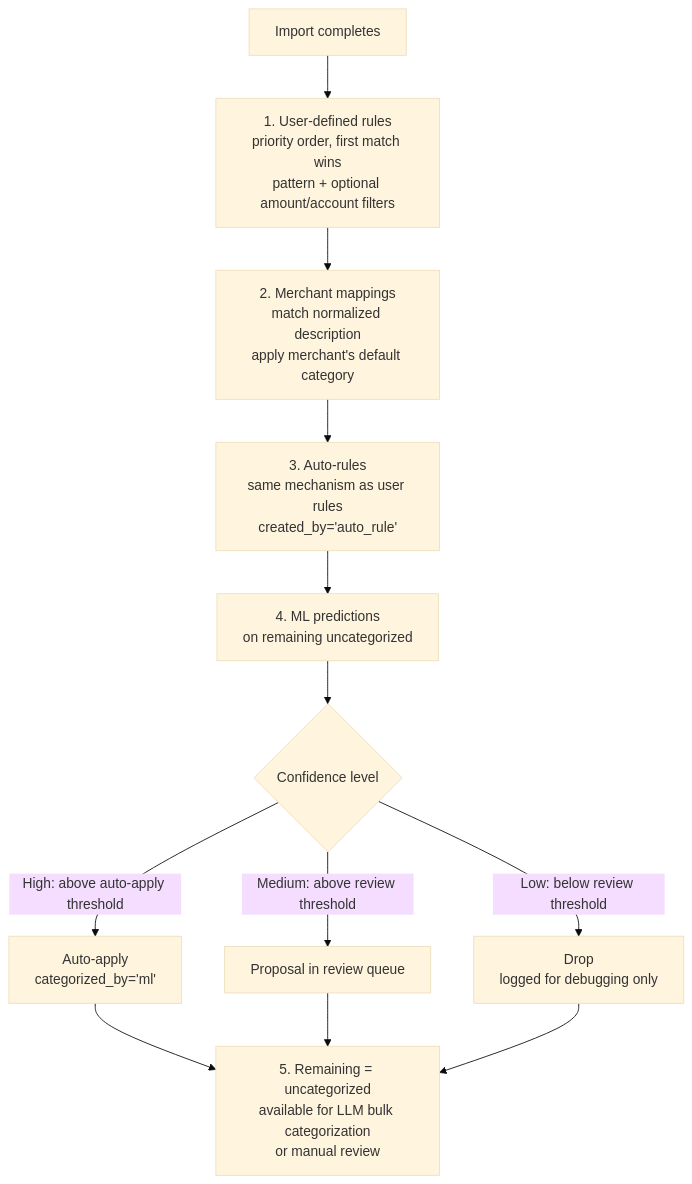
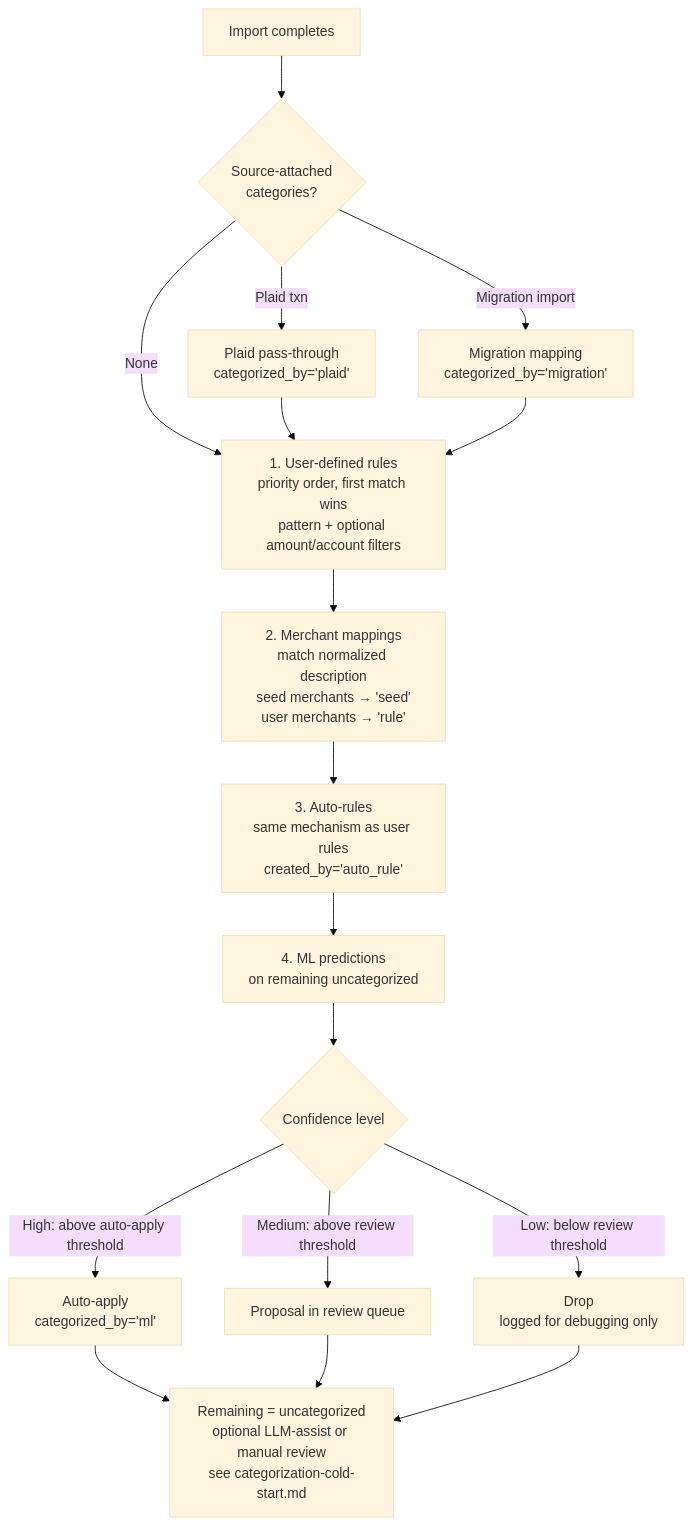
Before and after one commit to bsaffel/moneybin: the diagram in docs/specs/categorization-overview.md, drawn with Mermaid (base theme). The commit also changed other lines of this file and 58 other files, not shown here.

First line of the commit message:
Categorization cold-start: seed merchants, LLM-assist workflow, CLI bridge (#116)

````diff
--- a/docs/specs/categorization-overview.md
+++ b/docs/specs/categorization-overview.md
@@ -49,14 +51,19 @@
 ```mermaid
 flowchart TD
-    A[Import completes] --> B[1. User-defined rules\npriority order, first match wins\npattern + optional amount/account filters]
-    B --> C[2. Merchant mappings\nmatch normalized description\napply merchant's default category]
+    A[Import completes] --> A2{Source-attached<br/>categories?}
+    A2 -->|Plaid txn| AP[Plaid pass-through<br/>categorized_by='plaid']
+    A2 -->|Migration import| AM[Migration mapping<br/>categorized_by='migration']
+    A2 -->|None| B
+    AP --> B[1. User-defined rules\npriority order, first match wins\npattern + optional amount/account filters]
+    AM --> B
+    B --> C[2. Merchant mappings\nmatch normalized description<br/>seed merchants → 'seed'<br/>user merchants → 'rule']
     C --> D[3. Auto-rules\nsame mechanism as user rules\ncreated_by='auto_rule']
     D --> E[4. ML predictions\non remaining uncategorized]
     E --> F{Confidence level}
     F -->|High: above auto-apply threshold| G[Auto-apply\ncategorized_by='ml']
     F -->|Medium: above review threshold| H[Proposal in review queue]
     F -->|Low: below review threshold| I[Drop\nlogged for debugging only]
-    G --> J[5. Remaining = uncategorized\navailable for LLM bulk categorization\nor manual review]
+    G --> J[Remaining = uncategorized\noptional LLM-assist or manual review<br/>see categorization-cold-start.md]
     H --> J
     I --> J
 ```
````
